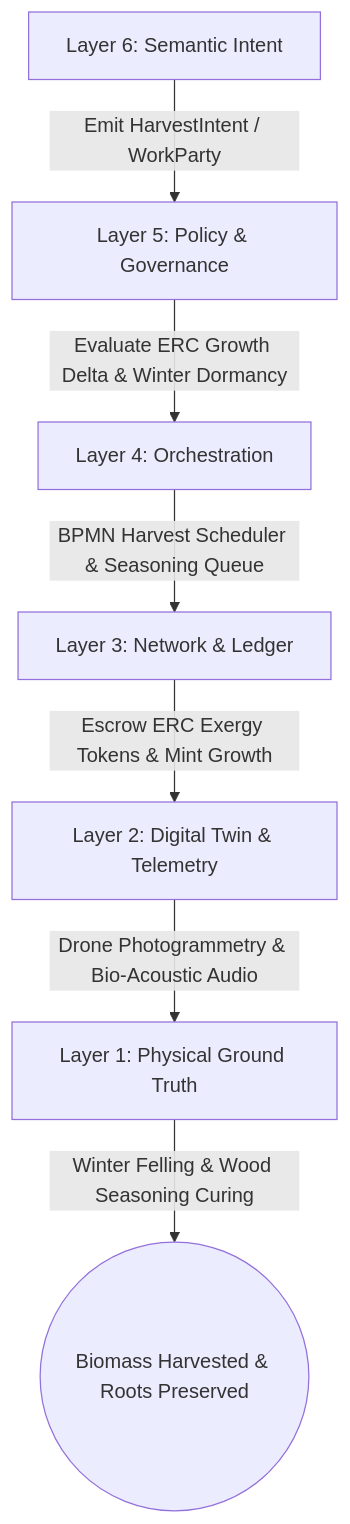
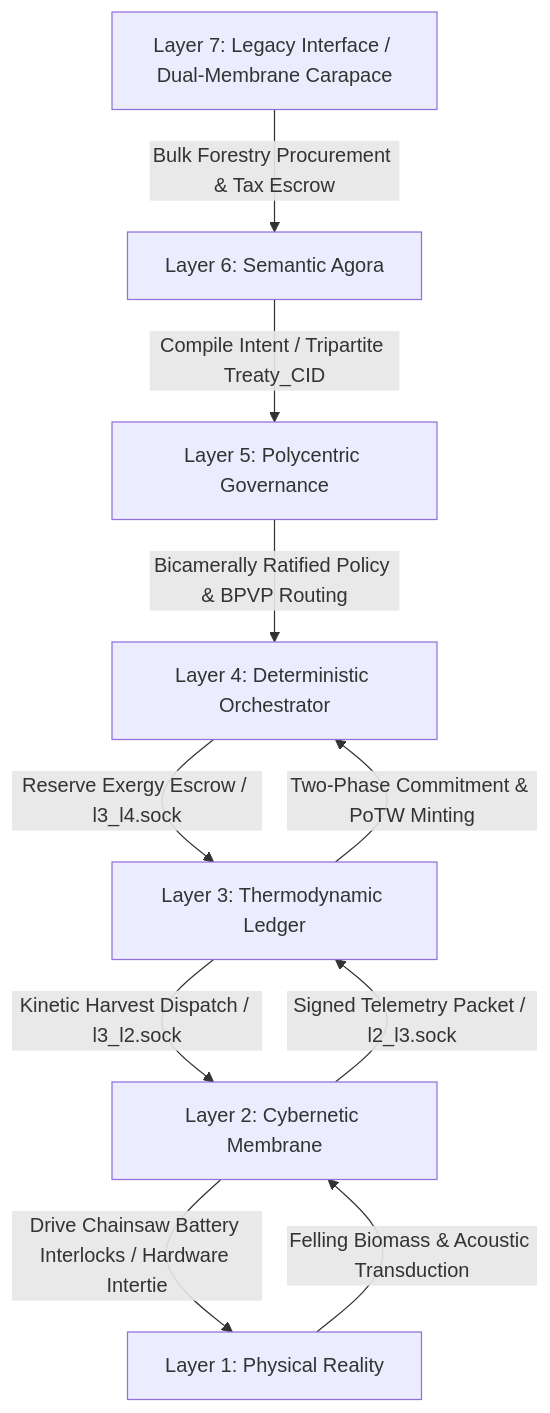
The first of 4 diagrams in docs/scenarios/eta_coppice.md (raffaine/collective), drawn with Mermaid before and after one commit. The commit also changed other lines of this file and 23 other files, not shown here.

````diff
--- a/docs/scenarios/eta_coppice.md
+++ b/docs/scenarios/eta_coppice.md
@@ -39,9 +41,12 @@
 ```mermaid
 graph TD
-    L6[Layer 6: Semantic Intent] -->|Emit HarvestIntent / WorkParty| L5[Layer 5: Policy & Governance]
-    L5 -->|Evaluate ERC Growth Delta & Winter Dormancy| L4[Layer 4: Orchestration]
-    L4 -->|BPMN Harvest Scheduler & Seasoning Queue| L3[Layer 3: Network & Ledger]
-    L3 -->|Escrow ERC Exergy Tokens & Mint Growth| L2[Layer 2: Digital Twin & Telemetry]
-    L2 -->|Drone Photogrammetry & Bio-Acoustic Audio| L1[Layer 1: Physical Ground Truth]
-    L1 -->|Winter Felling & Wood Seasoning Curing| End((Biomass Harvested & Roots Preserved))
+    L7[Layer 7: Legacy Interface / Dual-Membrane Carapace] -->|Bulk Forestry Procurement & Tax Escrow| L6[Layer 6: Semantic Agora]
+    L6 -->|Compile Intent / Tripartite Treaty_CID| L5[Layer 5: Polycentric Governance]
+    L5 -->|Bicamerally Ratified Policy & BPVP Routing| L4[Layer 4: Deterministic Orchestrator]
+    L4 -->|Reserve Exergy Escrow / l3_l4.sock| L3[Layer 3: Thermodynamic Ledger]
+    L3 -->|Kinetic Harvest Dispatch / l3_l2.sock| L2[Layer 2: Cybernetic Membrane]
+    L2 -->|Drive Chainsaw Battery Interlocks / Hardware Intertie| L1[Layer 1: Physical Reality]
+    L1 -->|Felling Biomass & Acoustic Transduction| L2
+    L2 -->|Signed Telemetry Packet / l2_l3.sock| L3
+    L3 -->|Two-Phase Commitment & PoTW Minting| L4
 ```
````
